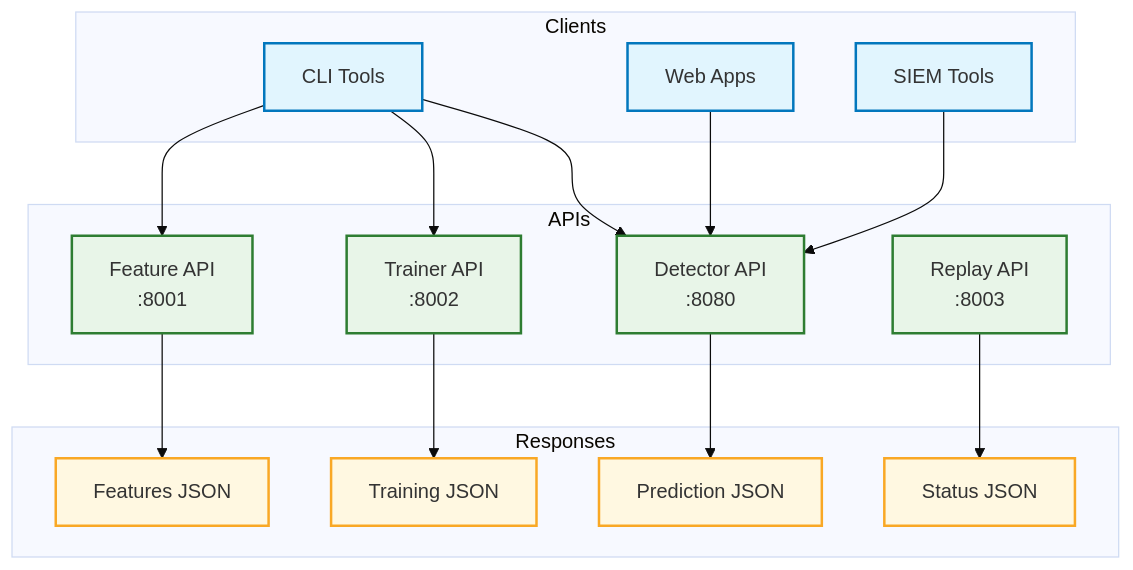
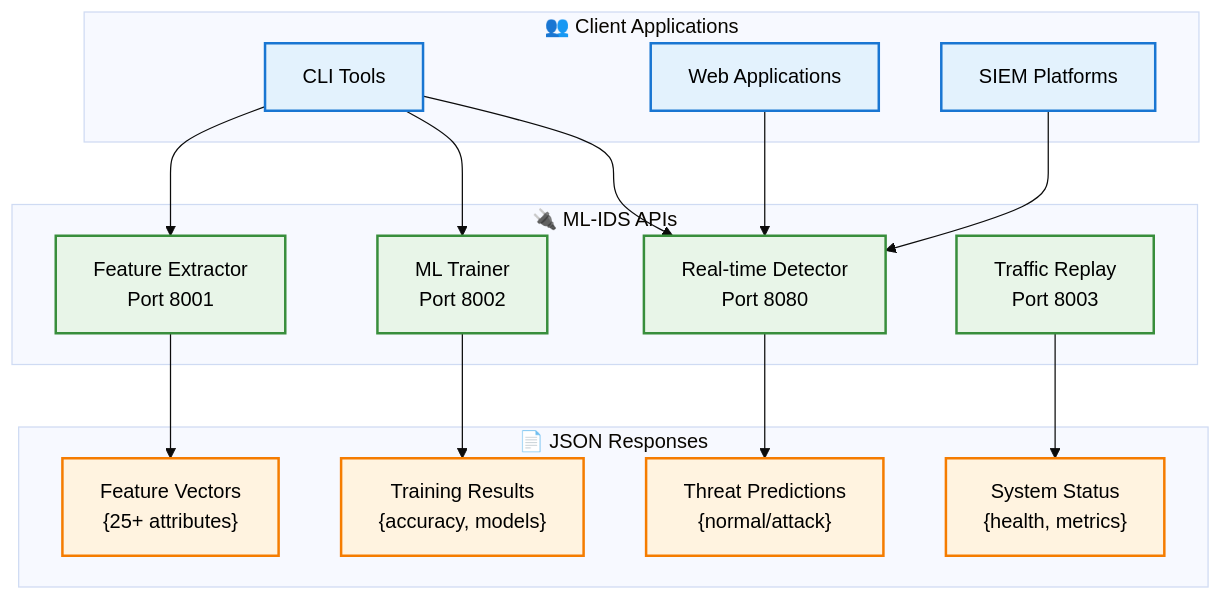
One commit to holdennguyen/suricata-ml-ids changed the fifth of 5 diagrams in README.md. Above: the diagram before and after it, drawn with Mermaid (base theme). The commit also changed other lines of this file, not shown here.

````diff
--- a/README.md
+++ b/README.md
@@ -224,41 +250,44 @@
 ```mermaid
 flowchart TD
-    subgraph "Clients"
-        CLI[CLI Tools]
-        WEB[Web Apps]
-        SIEM[SIEM Tools]
+    subgraph Clients["👥 Client Applications"]
+        CLI["CLI Tools"]
+        WEB["Web Applications"]
+        SIEM["SIEM Platforms"]
     end
     
-    subgraph "APIs"
-        FE[Feature API<br/>:8001]
-        ML[Trainer API<br/>:8002]
-        RT[Detector API<br/>:8080]
-        TR[Replay API<br/>:8003]
+    subgraph APIs["🔌 ML-IDS APIs"]
+        FE["Feature Extractor<br/>Port 8001"]
+        ML["ML Trainer<br/>Port 8002"]
+        RT["Real-time Detector<br/>Port 8080"]
+        TR["Traffic Replay<br/>Port 8003"]
     end
     
-    subgraph "Responses"
-        R1[Features JSON]
-        R2[Training JSON]
-        R3[Prediction JSON]
-        R4[Status JSON]
+    subgraph Responses["📄 JSON Responses"]
+        R1["Feature Vectors<br/>{25+ attributes}"]
+        R2["Training Results<br/>{accuracy, models}"]
+        R3["Threat Predictions<br/>{normal/attack}"]
+        R4["System Status<br/>{health, metrics}"]
     end
     
+    %% Client to API connections
     CLI --> FE
     CLI --> ML
     CLI --> RT
     WEB --> RT
     SIEM --> RT
     
+    %% API to Response connections
     FE --> R1
     ML --> R2
     RT --> R3
     TR --> R4
     
-    classDef client fill:#e1f5fe,stroke:#0277bd,stroke-width:2px
-    classDef api fill:#e8f5e8,stroke:#2e7d32,stroke-width:2px
-    classDef response fill:#fff8e1,stroke:#f9a825,stroke-width:2px
+    %% Styling for better GitHub display
+    classDef clientStyle fill:#e3f2fd,stroke:#1976d2,stroke-width:2px,color:#000
+    classDef apiStyle fill:#e8f5e8,stroke:#388e3c,stroke-width:2px,color:#000
+    classDef responseStyle fill:#fff3e0,stroke:#f57c00,stroke-width:2px,color:#000
     
-    class CLI,WEB,SIEM client
-    class FE,ML,RT,TR api
-    class R1,R2,R3,R4 response
+    class CLI,WEB,SIEM clientStyle
+    class FE,ML,RT,TR apiStyle
+    class R1,R2,R3,R4 responseStyle
 ```
````
